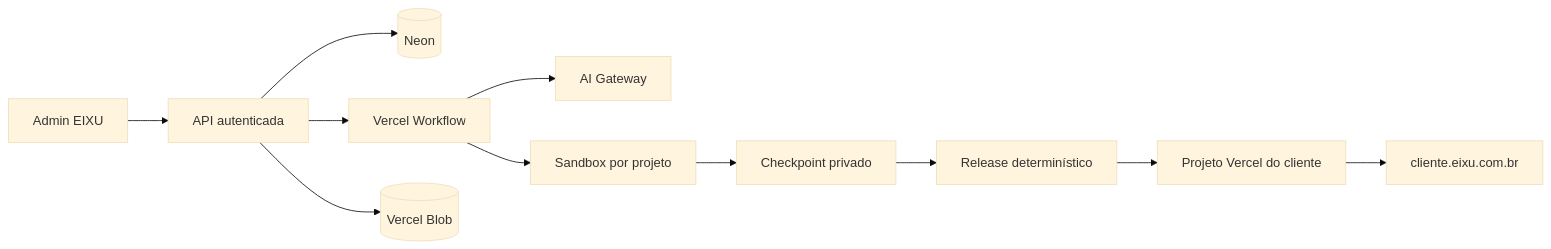
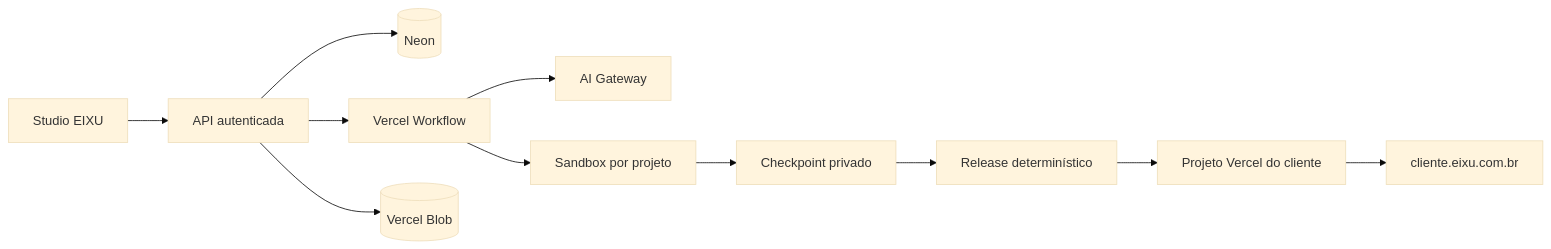
The diagram in README.md (baltazarparra/eixu), drawn with Mermaid (base theme) before and after one commit. The commit also changed other lines of this file and 57 other files, not shown here.

Commit message:
feat: launch EIXU Studio site manager

````diff
--- a/README.md
+++ b/README.md
@@ -45,13 +37,13 @@
 ```mermaid
 flowchart LR
-  A[Admin EIXU] --> B[API autenticada]
+  A[Studio EIXU] --> B[API autenticada]
   B --> N[(Neon)]
   B --> W[Vercel Workflow]
   W --> G[AI Gateway]
   W --> S[Sandbox por projeto]
   S --> K[Checkpoint privado]
   K --> R[Release determinístico]
   R --> V[Projeto Vercel do cliente]
   V --> D[cliente.eixu.com.br]
   B --> O[(Vercel Blob)]
 ```
````
